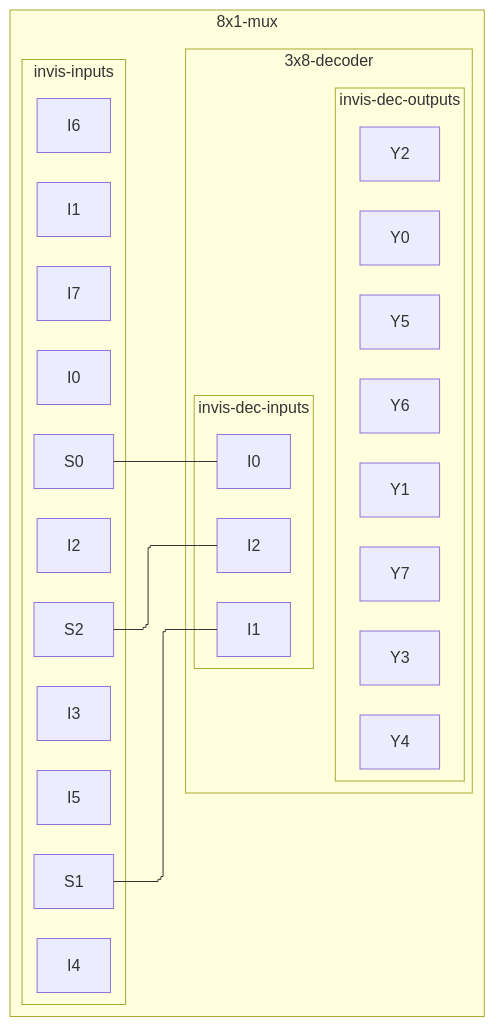
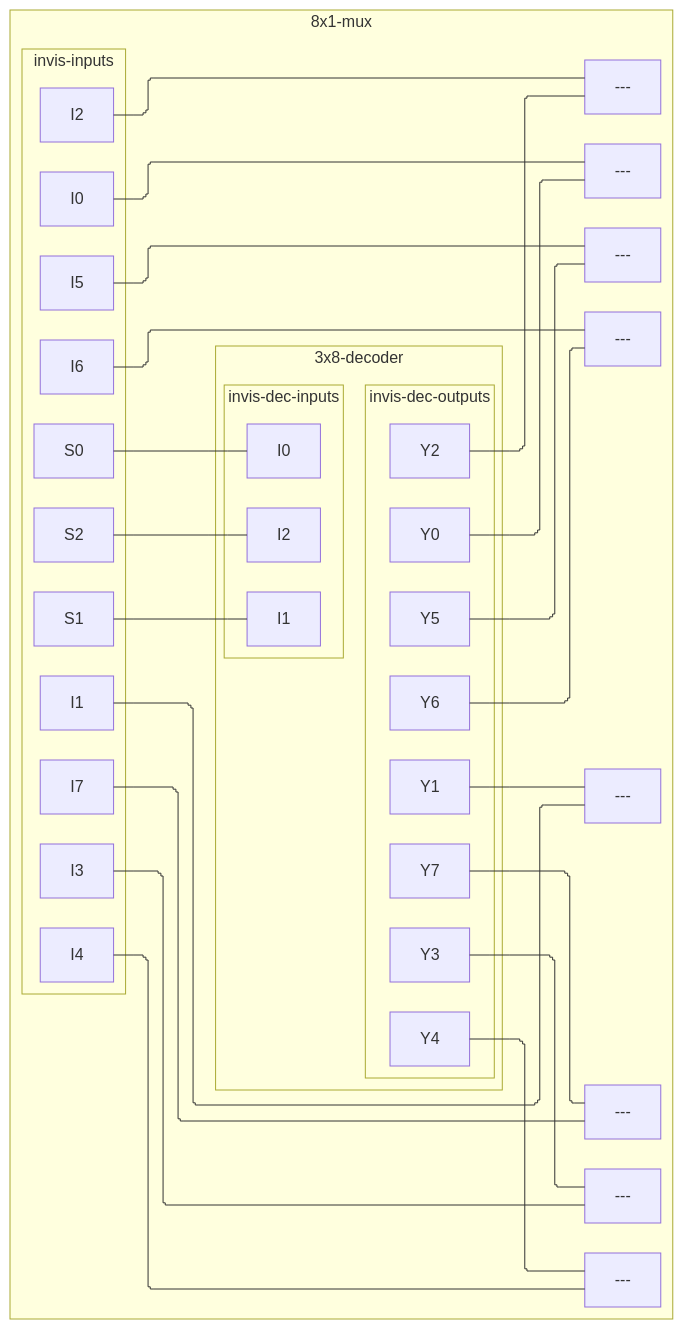
One commit to tnichols217/notes changed the fifth of 5 diagrams in CSDS 281 - Logic Design/HW/7/tables.md. Above: the diagram before and after it, drawn with Mermaid.

Commit message:
vault backup: 2024-03-27 12:21:14

````diff
--- a/CSDS 281 - Logic Design/HW/7/tables.md
+++ b/CSDS 281 - Logic Design/HW/7/tables.md
@@ -192,37 +192,45 @@
 ```mermaid
 %%{ init: { 'flowchart': { 'curve': 'stepBefore', "defaultRenderer": "elk" } } }%%
 flowchart LR
 subgraph 8x1-mux
 subgraph invis-inputs
 I0
 I1
 I2
 I3
 I4
 I5
 I6
 I7
 S0
 S1
 S2
 end
 subgraph 3x8-decoder
 subgraph invis-dec-inputs
 S0 --- I0d[I0]
 S1 --- I1d[I1]
 S2 --- I2d[I2]
 end
 subgraph invis-dec-outputs
 Y0
 Y1
 Y2
 Y3
 Y4
 Y5
 Y6
 Y7
 end
 invis-dec-inputs ~~~ invis-dec-outputs
 end
+I0 & Y0 --- and0[---]
+I1 & Y1 --- and1[---]
+I2 & Y2 --- and2[---]
+I3 & Y3 --- and3[---]
+I4 & Y4 --- and4[---]
+I5 & Y5 --- and5[---]
+I6 & Y6 --- and6[---]
+I7 & Y7 --- and7[---]
 end
 ```
````
